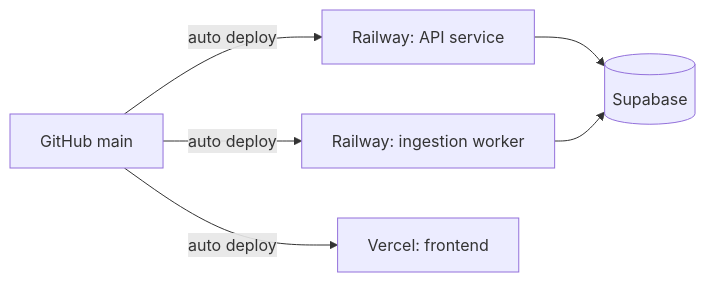
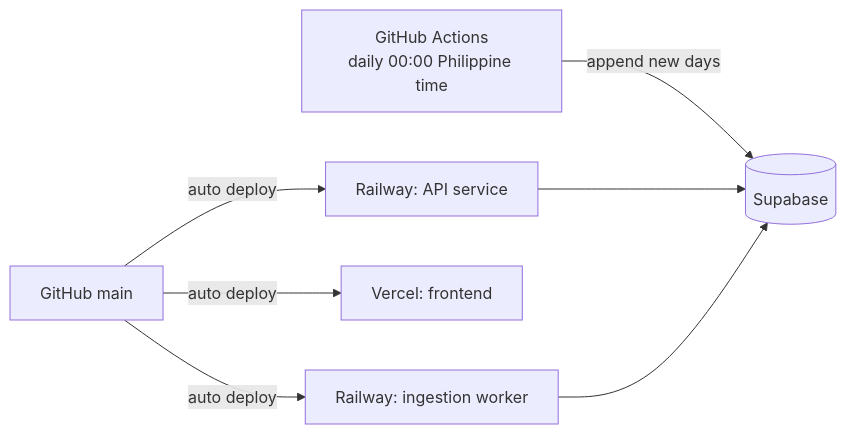
One commit to kennethmedes28/AI-Mihan changed the fourth of 4 diagrams in docs/backend_architecture.md. Above: the diagram before and after it, drawn with Mermaid. The commit also changed other lines of this file and 31 other files, not shown here.

````diff
--- a/docs/backend_architecture.md
+++ b/docs/backend_architecture.md
@@ -186,8 +245,9 @@
 ```mermaid
 flowchart LR
     GH[GitHub main] -->|auto deploy| RW[Railway: API service]
     GH -->|auto deploy| RJ[Railway: ingestion worker]
     GH -->|auto deploy| VC[Vercel: frontend]
+    GA[GitHub Actions<br/>daily 00:00 Philippine time] -->|append new days| SB
     RW --> SB[(Supabase)]
     RJ --> SB
 ```
````
